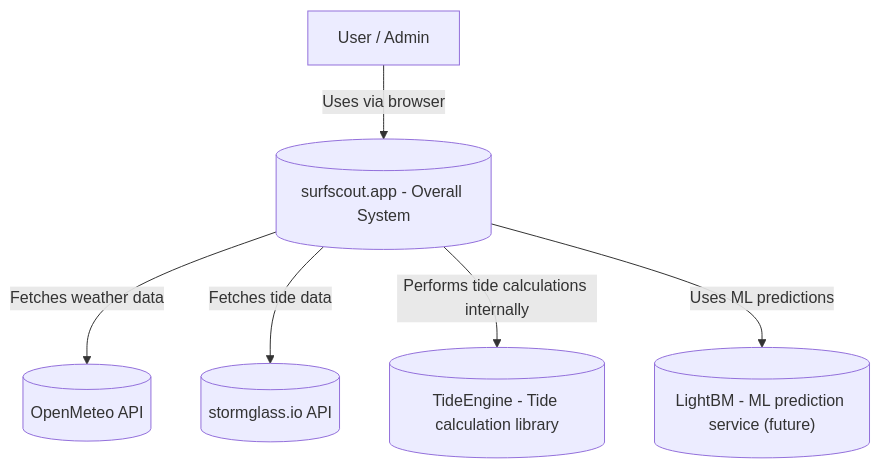
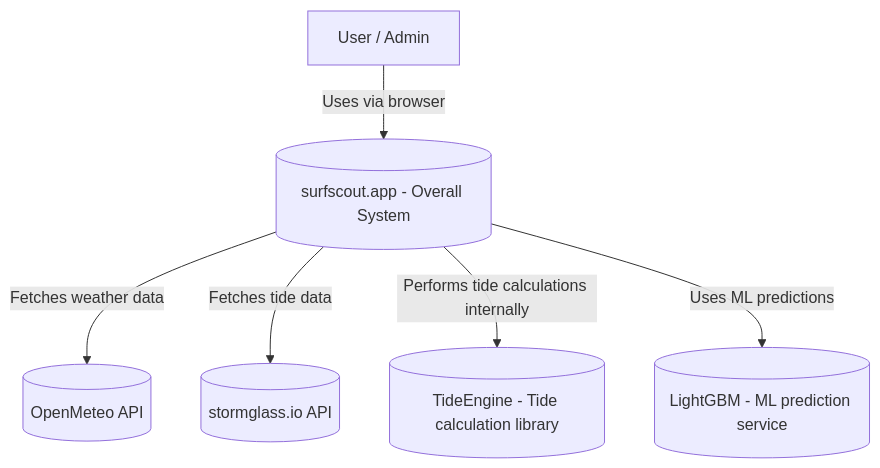
One commit to tmbnrt/SurfScout_App changed the first of 3 diagrams in README.md. Above: the diagram before and after it, drawn with Mermaid.

Commit message:
Fix LightBM reference to LightGBM in README

````diff
--- a/README.md
+++ b/README.md
@@ -74,15 +74,15 @@
 ```mermaid
 flowchart TB
     User["User / Admin"]
     SurfScout[("surfscout.app - Overall System")]
     OpenMeteo[("OpenMeteo API")]
     Stormglass[("stormglass.io API")]
     TideEngine[("TideEngine - Tide calculation library")]
-    LightBM[("LightBM - ML prediction service (future)")]
+    LightGBM[("LightGBM - ML prediction service")]
 
     User -->|"Uses via browser"| SurfScout
     SurfScout -->|"Fetches weather data"| OpenMeteo
     SurfScout -->|"Fetches tide data"| Stormglass
     SurfScout -->|"Performs tide calculations internally"| TideEngine
-    SurfScout -->|"Uses ML predictions"| LightBM
+    SurfScout -->|"Uses ML predictions"| LightGBM
 ```
````
